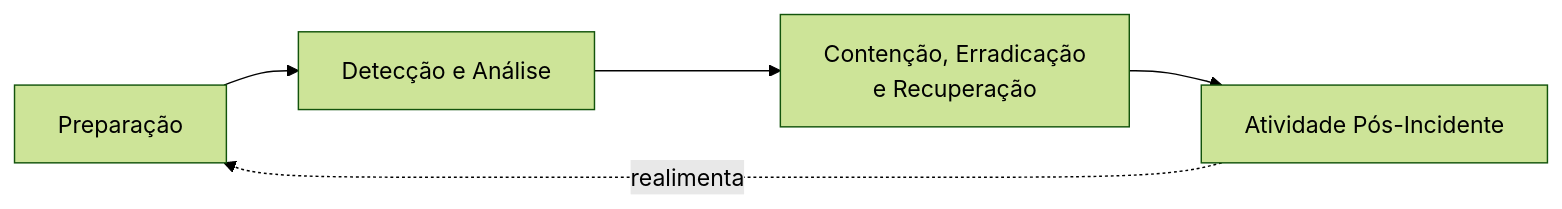
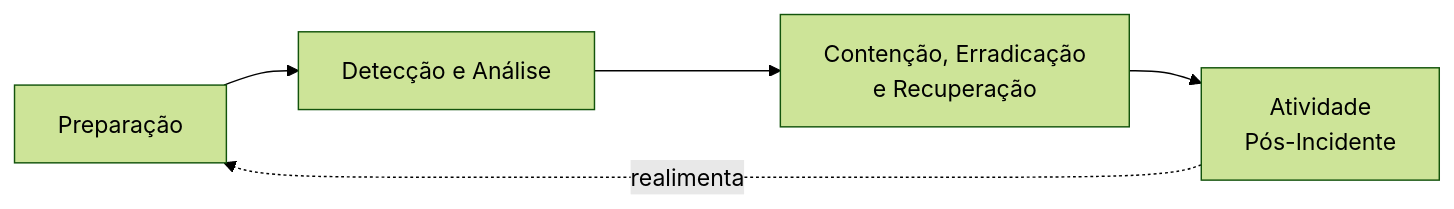
Before and after one commit to LuucasVerdun/Cyber-Attack-Analysis-Framework: the diagram in Incident-Response/README.md, drawn with Mermaid (forest theme). The commit also changed 28 other files, not shown here.

````diff
--- a/Incident-Response/README.md
+++ b/Incident-Response/README.md
@@ -9,7 +9,7 @@
 ```mermaid
 flowchart LR
     P[Preparação] --> D[Detecção e Análise]
     D --> C[Contenção, Erradicação<br/>e Recuperação]
-    C --> PI[Atividade Pós-Incidente]
+    C --> PI[Atividade<br/>Pós-Incidente]
     PI -.realimenta.-> P
 ```
````
